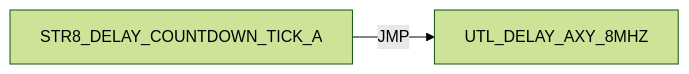
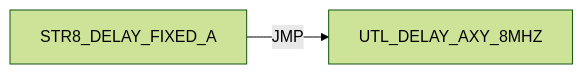
One commit to 95westus/R-YORS changed diagram 12 of 45 in DOC/GUIDES/STR8/STR8_EDGE_DUMP.md. Above: the diagram before and after it, drawn with Mermaid (forest theme). The commit also changed other lines of this file and 38 other files, not shown here.

````diff
--- a/DOC/GUIDES/STR8/STR8_EDGE_DUMP.md
+++ b/DOC/GUIDES/STR8/STR8_EDGE_DUMP.md
@@ -150,4 +167,4 @@
 ```mermaid
 flowchart LR
-    N0["STR8_DELAY_COUNTDOWN_TICK_A"] -->|JMP| N1["UTL_DELAY_AXY_8MHZ"]
+    N0["STR8_DELAY_FIXED_A"] -->|JMP| N1["UTL_DELAY_AXY_8MHZ"]
 ```
````
